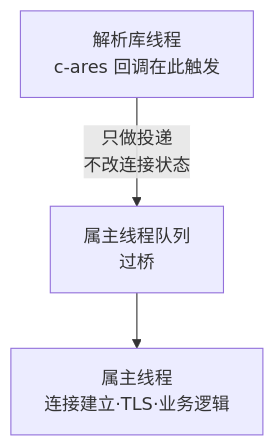
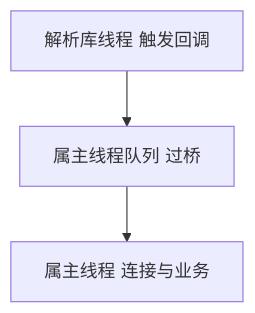
The second of 3 diagrams in vault/工程知识/后端系统：在并发、失败与变化中维持服务/基础设施/异步DNS解析的坑：解析在别的线程，连接在当前线程，回调要过桥.md (hub138/technical-knowledge), drawn with Mermaid before and after one commit. The commit also changed other lines of this file and 622 other files, not shown here.

````diff
--- a/vault/工程知识/后端系统：在并发、失败与变化中维持服务/基础设施/异步DNS解析的坑：解析在别的线程，连接在当前线程，回调要过桥.md
+++ b/vault/工程知识/后端系统：在并发、失败与变化中维持服务/基础设施/异步DNS解析的坑：解析在别的线程，连接在当前线程，回调要过桥.md
@@ -38,5 +59,5 @@
 ```mermaid
 graph TD
-    R["解析库线程<br/>c-ares 回调在此触发"] -->|"只做投递<br/>不改连接状态"| Q["属主线程队列<br/>过桥"]
-    Q --> H["属主线程<br/>连接建立·TLS·业务逻辑"]
+    R["解析库线程 触发回调"] --> Q["属主线程队列 过桥"]
+    Q --> H["属主线程 连接与业务"]
 ```
````
